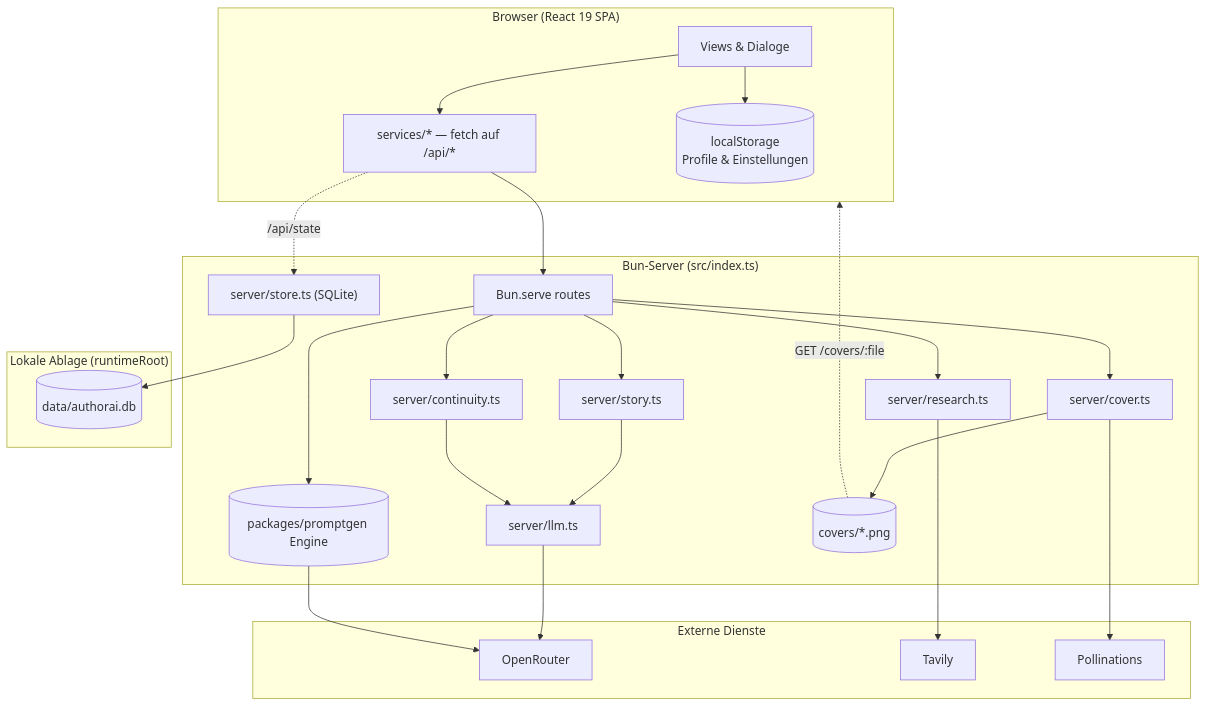
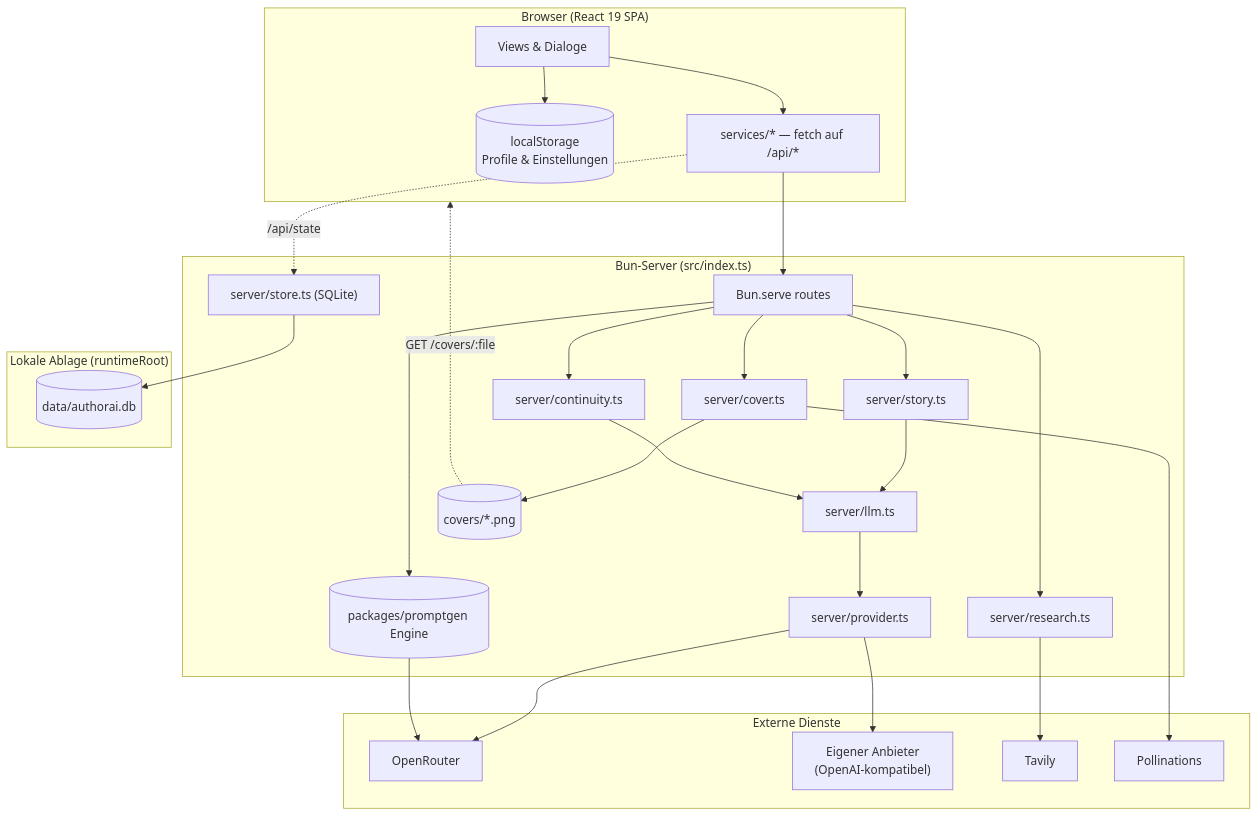
Before and after one commit to KT-Society/AuthorAI: the first of 2 diagrams in docs/architecture.md, drawn with Mermaid. The commit also changed other lines of this file and 12 other files, not shown here.

````diff
--- a/docs/architecture.md
+++ b/docs/architecture.md
@@ -12,41 +12,45 @@
 ```mermaid
 flowchart TB
     subgraph Browser["Browser (React 19 SPA)"]
         UI["Views & Dialoge"]
         SVC["services/* — fetch auf /api/*"]
         SET[("localStorage<br/>Profile & Einstellungen")]
     end
 
     subgraph Server["Bun-Server (src/index.ts)"]
         ROUTES["Bun.serve routes"]
         S_STORY["server/story.ts"]
         S_CONT["server/continuity.ts"]
         S_LLM["server/llm.ts"]
+        S_PROV["server/provider.ts"]
         S_COVER["server/cover.ts"]
         S_RESEARCH["server/research.ts"]
         S_STORE["server/store.ts (SQLite)"]
         PG[("packages/promptgen Engine")]
         FILES[("covers/*.png")]
     end
 
     subgraph Data["Lokale Ablage (runtimeRoot)"]
         DB[("data/authorai.db")]
     end
 
     subgraph External["Externe Dienste"]
         OR["OpenRouter"]
+        CUSTOM["Eigener Anbieter<br/>(OpenAI-kompatibel)"]
         TV["Tavily"]
         PO["Pollinations"]
     end
 
     UI --> SVC --> ROUTES
     UI --> SET
-    ROUTES --> S_STORY --> S_LLM --> OR
+    ROUTES --> S_STORY --> S_LLM --> S_PROV
+    S_PROV --> OR
+    S_PROV --> CUSTOM
     ROUTES --> S_CONT --> S_LLM
     ROUTES --> S_RESEARCH --> TV
     ROUTES --> S_COVER --> PO
     S_COVER --> FILES
     ROUTES --> PG --> OR
     SVC -. "/api/state" .-> S_STORE --> DB
     FILES -. "GET /covers/:file" .-> Browser
 ```
````
